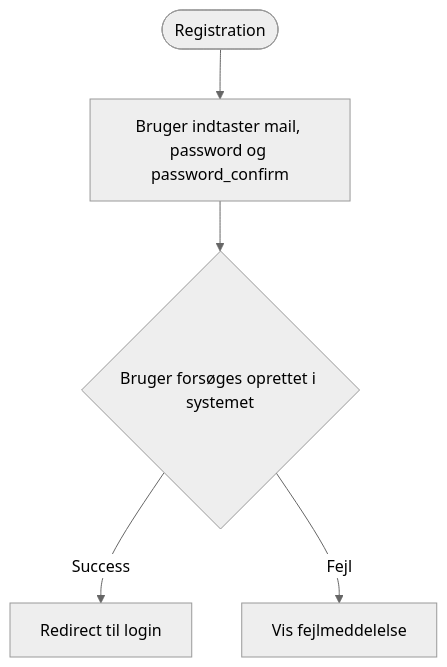
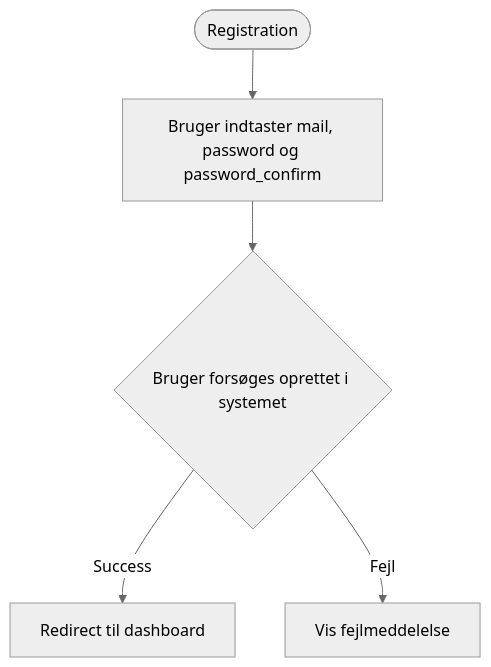
One commit to Fileodon/Diagram changed the diagram in Registration.md. Above: the diagram before and after it, drawn with Mermaid (neutral theme).

````diff
--- a/Registration.md
+++ b/Registration.md
@@ -1,7 +1,7 @@
 ```mermaid
 flowchart TD
     A([Registration]) --> B[Bruger indtaster mail, password og password_confirm]
     B --> D{Bruger forsøges oprettet i systemet}
-    D -->|Success| F[Redirect til login]
+    D -->|Success| F[Redirect til dashboard]
     D -->|Fejl| E[Vis fejlmeddelelse]
 ```
````
